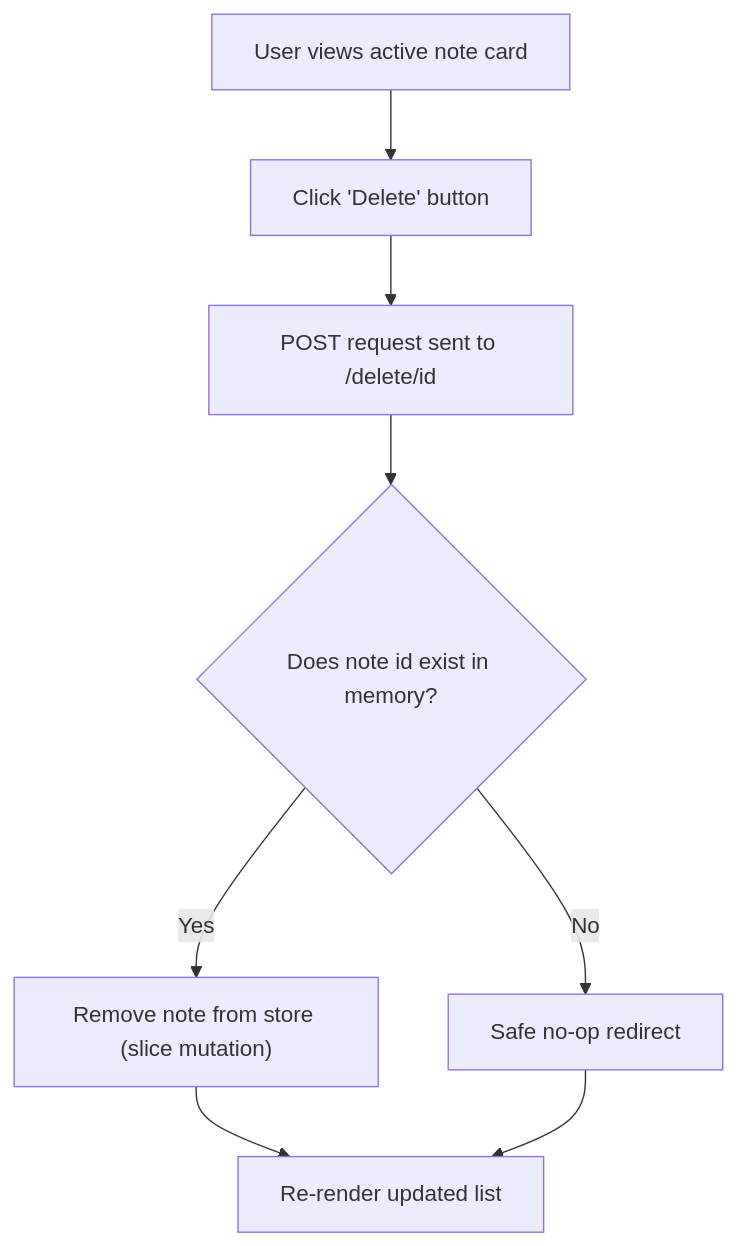
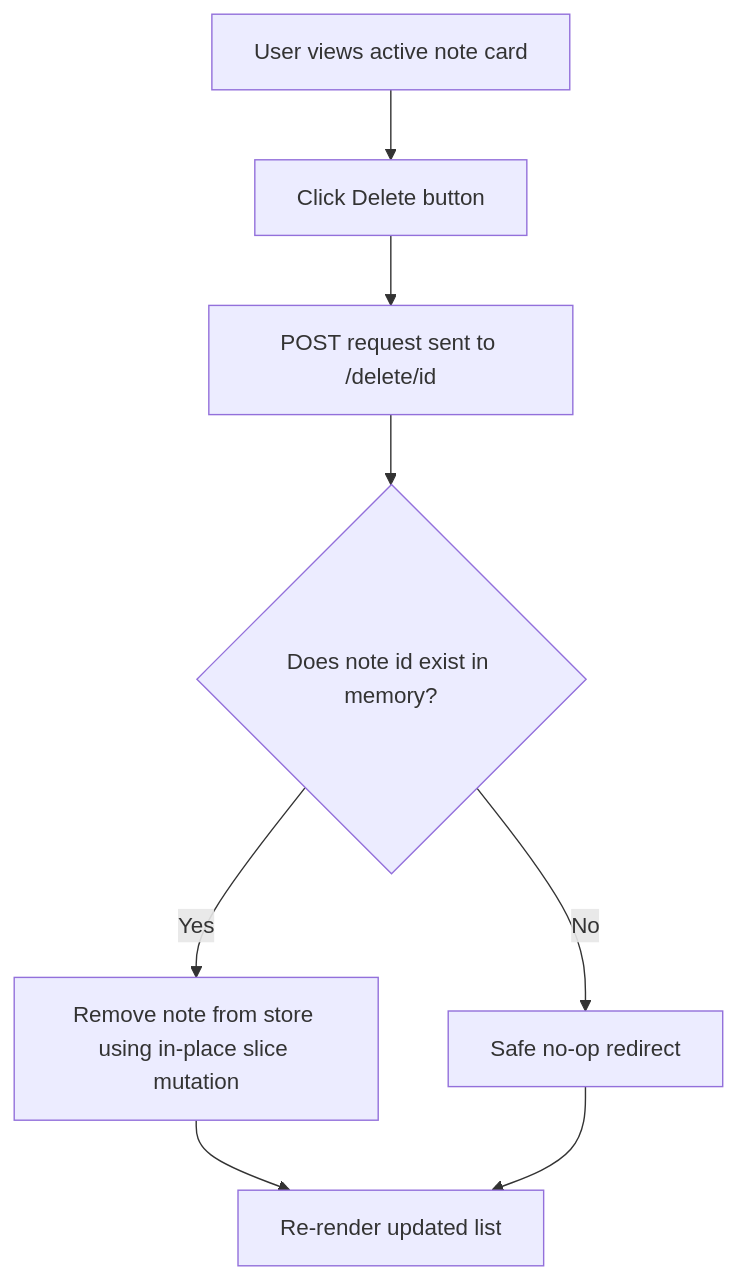
One commit to Siddhantshukla1657/SecureNotes_Devops_Miniproject changed the fourth of 7 diagrams in README.md. Above: the diagram before and after it, drawn with Mermaid. The commit also changed other lines of this file and 1 other file, not shown here.

Commit message:
docs: update README with valid Mermaid syntax and ignore generated coverage.xml

````diff
--- a/README.md
+++ b/README.md
@@ -111,10 +111,10 @@
 ```mermaid
 flowchart TD
-    Start["User views active note card"] --> Click["Click 'Delete' button"]
+    Start["User views active note card"] --> Click["Click Delete button"]
     Click --> Post["POST request sent to /delete/id"]
     Post --> Exists{"Does note id exist in memory?"}
-    Exists -->|Yes| Remove["Remove note from store (slice mutation)"]
+    Exists -->|Yes| Remove["Remove note from store using in-place slice mutation"]
     Exists -->|No| Ignore["Safe no-op redirect"]
     Remove --> Refresh["Re-render updated list"]
     Ignore --> Refresh
 ```
````
